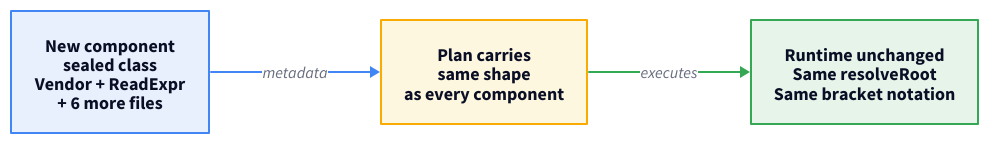
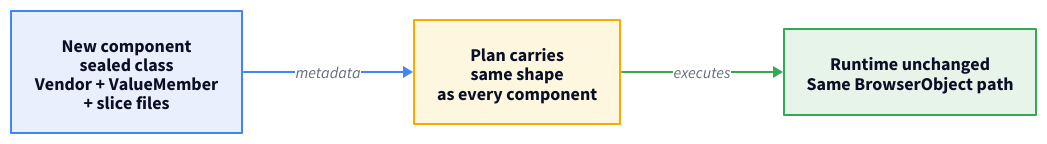
Before and after one commit to marafiq/alis-reactive: the second of 2 diagrams in docs-site/src/content/docs/architecture/vertical-slice.mdx, drawn with D2. The commit also changed other lines of this file and 3 other files, not shown here.

````diff
--- a/docs-site/src/content/docs/architecture/vertical-slice.mdx
+++ b/docs-site/src/content/docs/architecture/vertical-slice.mdx
@@ -115,29 +115,29 @@
 ```d2
 direction: right
 
-new_slice: "New component\nsealed class\nVendor + ReadExpr\n+ 6 more files" {
+new_slice: "New component\nsealed class\nVendor + ValueMember\n+ slice files" {
   shape: rectangle
   style.fill: "#e8f0fe"
   style.stroke: "#4285f4"
   style.font-size: 18
 }
 plan: "Plan carries\nsame shape\nas every component" {
   shape: rectangle
   style.fill: "#fef7e0"
   style.stroke: "#f9ab00"
   style.font-size: 18
 }
-runtime: "Runtime unchanged\nSame resolveRoot\nSame bracket notation" {
+runtime: "Runtime unchanged\nSame BrowserObject path" {
   shape: rectangle
   style.fill: "#e6f4ea"
   style.stroke: "#34a853"
   style.font-size: 18
 }
 
 new_slice -> plan: metadata {
   style.stroke: "#4285f4"
 }
 plan -> runtime: executes {
   style.stroke: "#34a853"
 }
 ```
````
